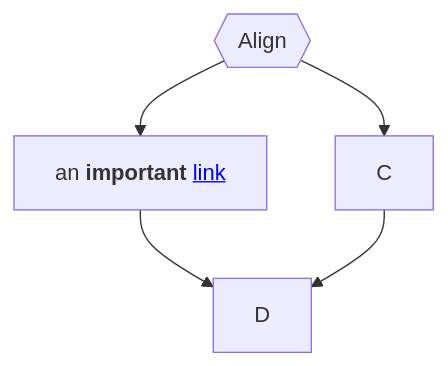
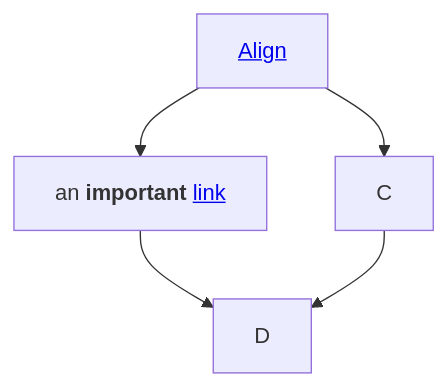
The diagram in README.md (SourCherries/fad), drawn with Mermaid before and after one commit. The commit also changed other lines of this file, not shown here.

Commit message:
overview graph with links to other README (links on same page?)

````diff
--- a/README.md
+++ b/README.md
@@ -7,12 +9,11 @@
 ```mermaid
     graph TD;
         B[an <b>important</b> <a href='http://google.com'>link</a>]
 
-        A{{Align}}
-        click A "https://github.com/SourCherries/fad/blob/main/demos/align/1_basic/README.md"
+        A[<a href='https://github.com/SourCherries/fad/blob/main/demos/align/1_basic/README.md'>Align</a>]
 
         A-->B;
         A-->C;
         B-->D;
         C-->D;    
 ```
````
